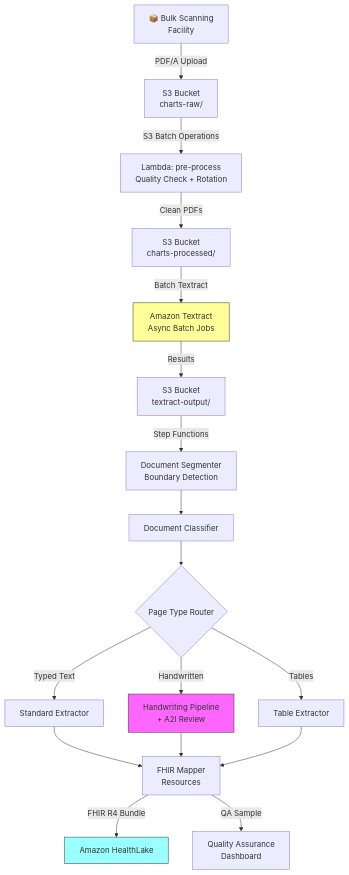
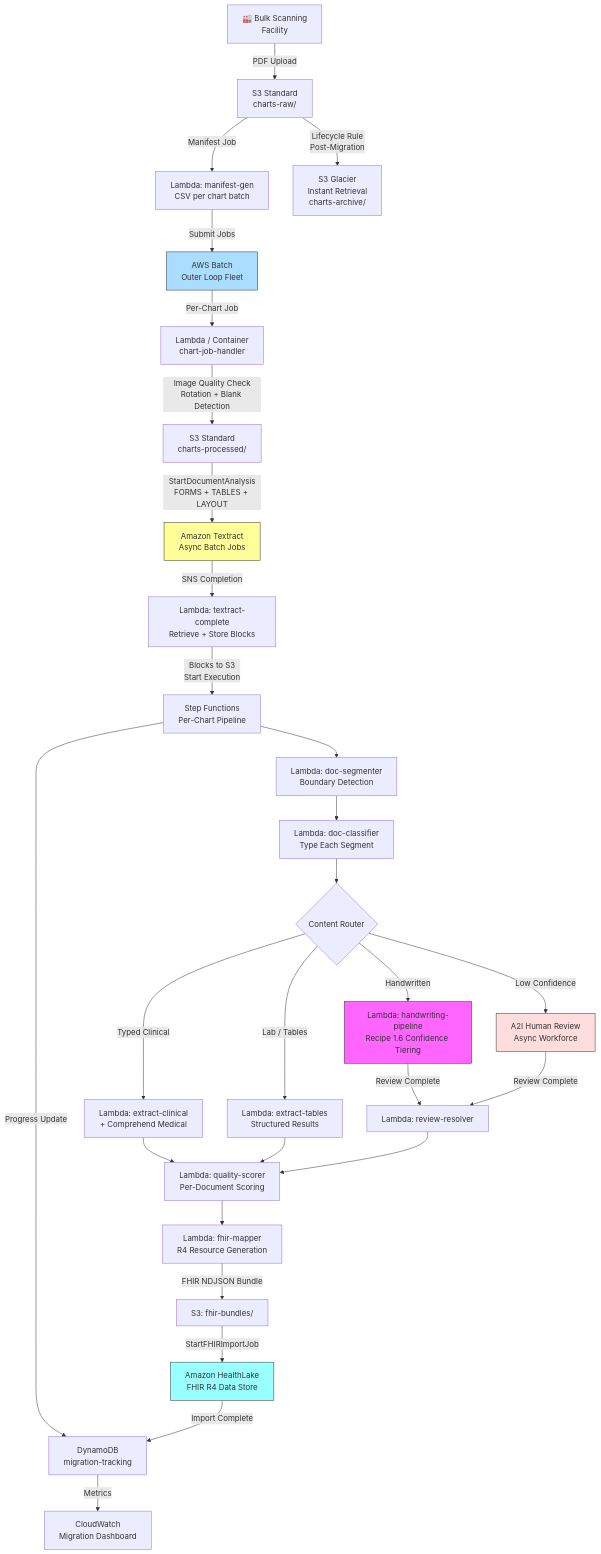
One commit to ccrngd1/HCLS-ai-book changed the diagram in chapter01.10-historical-chart-migration.md. Above: the diagram before and after it, drawn with Mermaid. The commit also changed other lines of this file and 1 other file, not shown here.

Commit message:
rewrite recipe 1.10: historical chart migration, batch orchestration, FHIR mapping, capstone

````diff
--- a/chapter01.10-historical-chart-migration.md
+++ b/chapter01.10-historical-chart-migration.md
@@ -34,26 +214,44 @@
 ```mermaid
 flowchart TB
-    A[📦 Bulk Scanning<br/>Facility] -->|PDF/A Upload| B[S3 Bucket<br/>charts-raw/]
+    A[🏭 Bulk Scanning<br/>Facility] -->|PDF Upload| B[S3 Standard<br/>charts-raw/]
     
-    B -->|S3 Batch Operations| C[Lambda: pre-process<br/>Quality Check + Rotation]
-    C -->|Clean PDFs| D[S3 Bucket<br/>charts-processed/]
+    B -->|Manifest Job| C[Lambda: manifest-gen<br/>CSV per chart batch]
+    C -->|Submit Jobs| D[AWS Batch<br/>Outer Loop Fleet]
     
-    D -->|Batch Textract| E[Amazon Textract<br/>Async Batch Jobs]
-    E -->|Results| F[S3 Bucket<br/>textract-output/]
+    D -->|Per-Chart Job| E[Lambda / Container<br/>chart-job-handler]
     
-    F -->|Step Functions| G[Document Segmenter<br/>Boundary Detection]
-    G --> H[Document Classifier]
-    H --> I{Page Type Router}
+    E -->|Image Quality Check<br/>Rotation + Blank Detection| F[S3 Standard<br/>charts-processed/]
     
-    I -->|Typed Text| J[Standard Extractor]
-    I -->|Handwritten| K[Handwriting Pipeline<br/>+ A2I Review]
-    I -->|Tables| L[Table Extractor]
+    F -->|StartDocumentAnalysis<br/>FORMS + TABLES + LAYOUT| G[Amazon Textract<br/>Async Batch Jobs]
+    G -->|SNS Completion| H[Lambda: textract-complete<br/>Retrieve + Store Blocks]
+    H -->|Blocks to S3<br/>Start Execution| I[Step Functions<br/>Per-Chart Pipeline]
     
-    J & K & L --> M[FHIR Mapper<br/>Resources]
-    M -->|FHIR R4 Bundle| N[Amazon HealthLake]
-    M -->|QA Sample| O[Quality Assurance<br/>Dashboard]
+    I --> J[Lambda: doc-segmenter<br/>Boundary Detection]
+    J --> K[Lambda: doc-classifier<br/>Type Each Segment]
+    K --> L{Content Router}
+    
+    L -->|Typed Clinical| M[Lambda: extract-clinical<br/>+ Comprehend Medical]
+    L -->|Handwritten| N[Lambda: handwriting-pipeline<br/>Recipe 1.6 Confidence Tiering]
+    L -->|Lab / Tables| O[Lambda: extract-tables<br/>Structured Results]
+    L -->|Low Confidence| P[A2I Human Review<br/>Async Workforce]
+    
+    N & P -->|Review Complete| Q[Lambda: review-resolver]
+    M & O & Q --> R[Lambda: quality-scorer<br/>Per-Document Scoring]
+    R --> S[Lambda: fhir-mapper<br/>R4 Resource Generation]
+    
+    S -->|FHIR NDJSON Bundle| T[S3: fhir-bundles/]
+    T -->|StartFHIRImportJob| U[Amazon HealthLake<br/>FHIR R4 Data Store]
+    
+    B -->|Lifecycle Rule<br/>Post-Migration| V[S3 Glacier<br/>Instant Retrieval<br/>charts-archive/]
+    
+    I -->|Progress Update| W[DynamoDB<br/>migration-tracking]
+    U -->|Import Complete| W
+    
+    W -->|Metrics| X[CloudWatch<br/>Migration Dashboard]
 
-    style E fill:#ff9,stroke:#333
-    style K fill:#f6f,stroke:#333
-    style N fill:#9ff,stroke:#333
+    style G fill:#ff9,stroke:#333
+    style N fill:#f6f,stroke:#333
+    style U fill:#9ff,stroke:#333
+    style D fill:#adf,stroke:#333
+    style P fill:#fdd,stroke:#333
 ```
````
